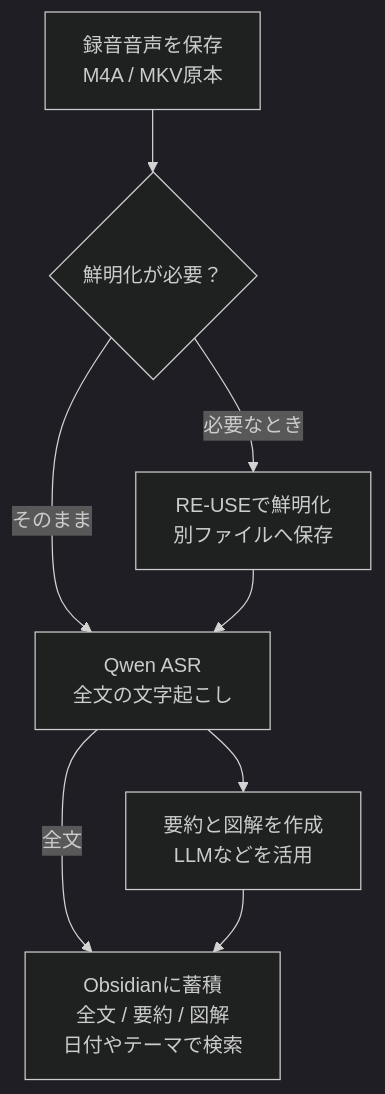
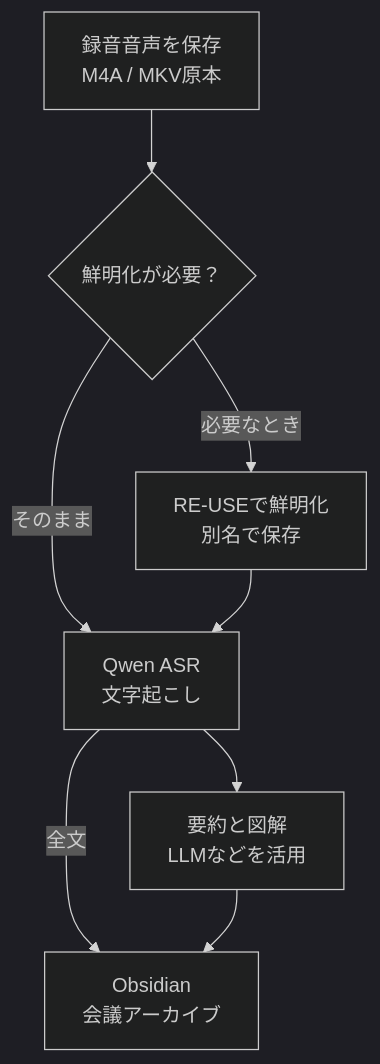
Before and after one commit to K-YUTAA/homebrew-tap: the first of 2 diagrams in README.md, drawn with Mermaid (dark theme). The commit also changed other lines of this file, not shown here.

Commit message:
Fit Japanese diagram labels within their nodes

````diff
--- a/README.md
+++ b/README.md
@@ -67,10 +67,10 @@
 ```mermaid
 flowchart TD
     A["録音音声を保存<br/>M4A / MKV原本"] --> B{"鮮明化が必要？"}
-    B -->|そのまま| D["Qwen ASR<br/>全文の文字起こし"]
-    B -->|必要なとき| C["RE-USEで鮮明化<br/>別ファイルへ保存"]
+    B -->|そのまま| D["Qwen ASR<br/>文字起こし"]
+    B -->|必要なとき| C["RE-USEで鮮明化<br/>別名で保存"]
     C --> D
-    D --> E["要約と図解を作成<br/>LLMなどを活用"]
-    D -->|全文| F["Obsidianに蓄積<br/>全文 / 要約 / 図解<br/>日付やテーマで検索"]
+    D --> E["要約と図解<br/>LLMなどを活用"]
+    D -->|全文| F["Obsidian<br/>会議アーカイブ"]
     E --> F
 ```
````
